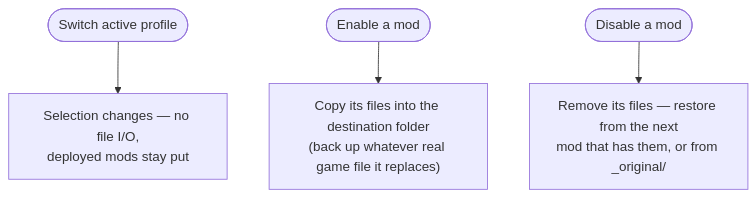
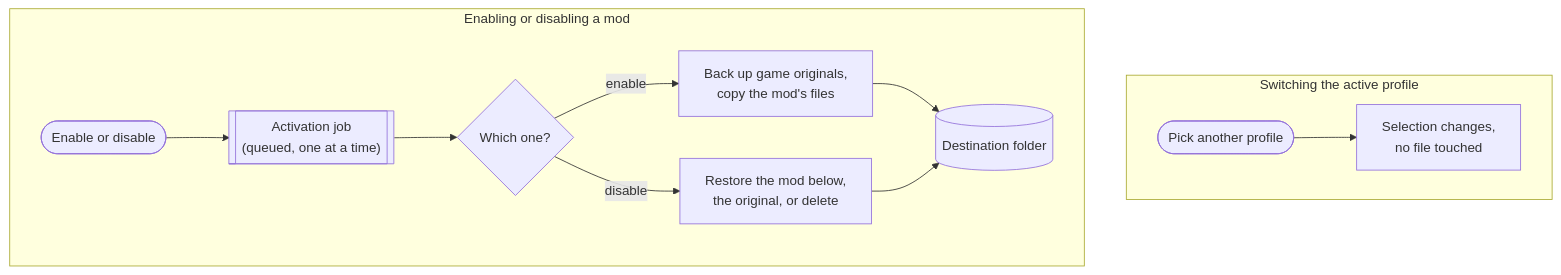
One commit to FreeProject089/BetterModsManager changed the first of 3 diagrams in frontend/assets/docs/en/how-it-works/profiles-activation.md. Above: the diagram before and after it, drawn with Mermaid. The commit also changed other lines of this file and 176 other files, not shown here.

````diff
--- a/frontend/assets/docs/en/how-it-works/profiles-activation.md
+++ b/frontend/assets/docs/en/how-it-works/profiles-activation.md
@@ -36,6 +36,14 @@
 ```mermaid
-flowchart TB
-    SW([Switch active profile]) --> PTR["Selection changes — no file I/O,<br/>deployed mods stay put"]
-    EN([Enable a mod]) --> DEPLOY["Copy its files into the destination folder<br/>(back up whatever real game file it replaces)"]
-    DIS([Disable a mod]) --> REMOVE["Remove its files — restore from the next<br/>mod that has them, or from _original/"]
+flowchart TD
+    subgraph SWITCH["Switching the active profile"]
+        SW(["Pick another profile"]) --> PTR["Selection changes,<br/>no file touched"]
+    end
+    subgraph TOGGLE["Enabling or disabling a mod"]
+        TOG(["Enable or disable"]) --> JOB[["Activation job<br/>(queued, one at a time)"]]
+        JOB --> MODE{"Which one?"}
+        MODE -- "enable" --> DEP["Back up game originals,<br/>copy the mod's files"]
+        MODE -- "disable" --> REM["Restore the mod below,<br/>the original, or delete"]
+        DEP --> GAME[("Destination folder")]
+        REM --> GAME
+    end
 ```
````
